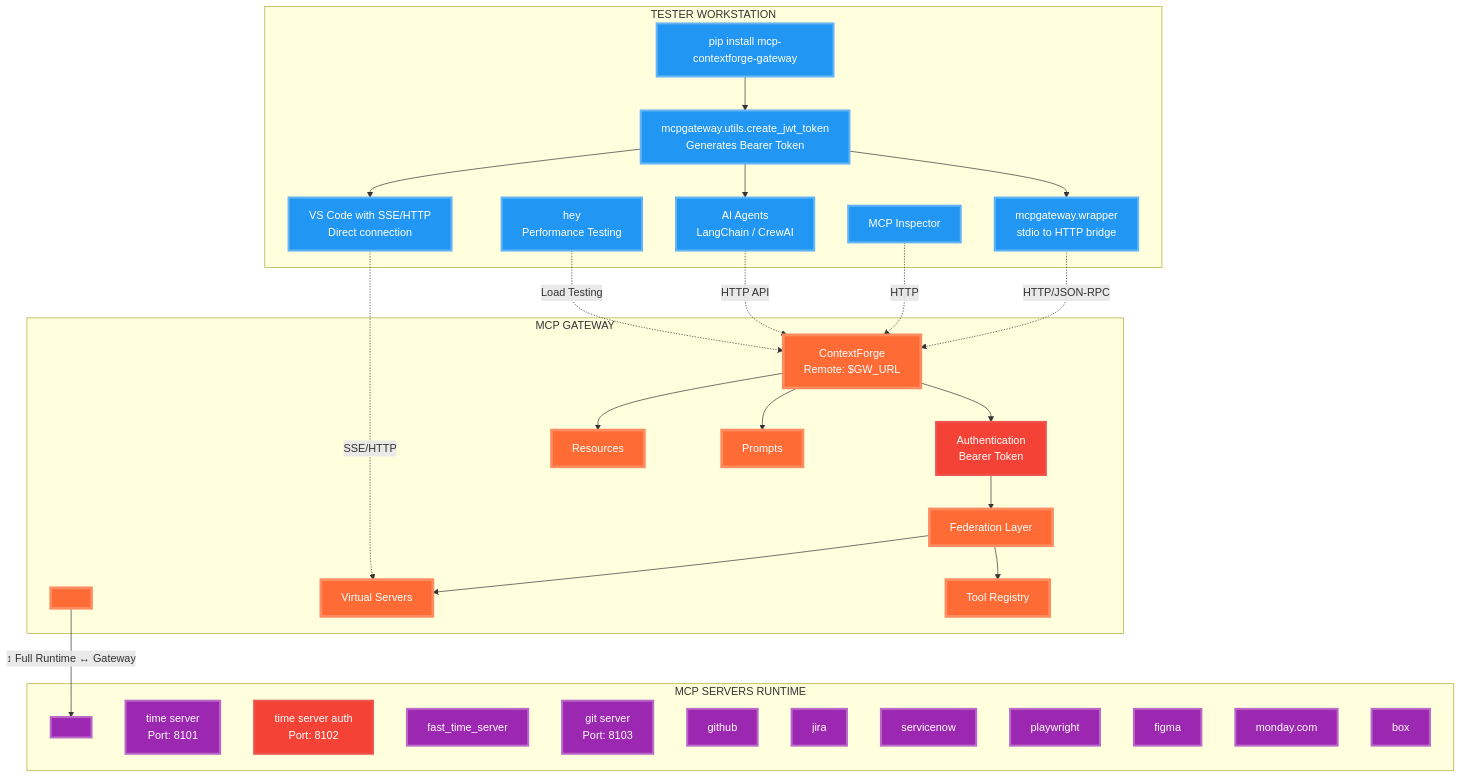
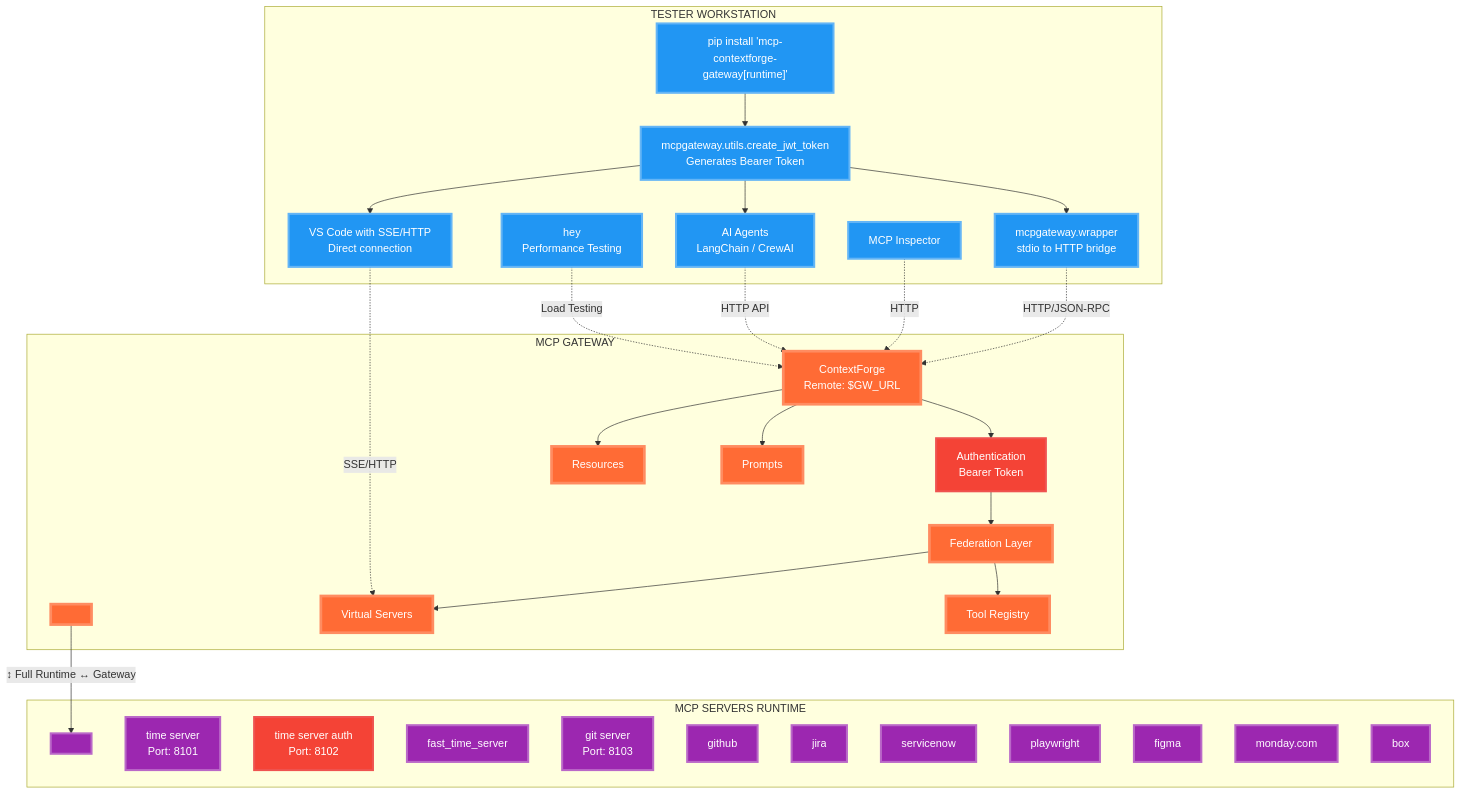
The diagram in docs/docs/testing/acceptance.md (IBM/mcp-context-forge), drawn with Mermaid before and after one commit. The commit also changed other lines of this file and 79 other files, not shown here.

````diff
--- a/docs/docs/testing/acceptance.md
+++ b/docs/docs/testing/acceptance.md
@@ -5,72 +5,72 @@
 ```mermaid
 graph TB
     subgraph "TESTER WORKSTATION"
-        PIP[pip install mcp-contextforge-gateway]
+        PIP["pip install 'mcp-contextforge-gateway[runtime]'"]
         JWT[mcpgateway.utils.create_jwt_token<br/>Generates Bearer Token]
         WRAPPER[mcpgateway.wrapper<br/>stdio to HTTP bridge]
         VSC_SSE[VS Code with SSE/HTTP<br/>Direct connection]
         INSPECTOR[MCP Inspector]
         AGENTS[AI Agents<br/>LangChain / CrewAI]
         HEY[hey<br/>Performance Testing]
 
         PIP --> JWT
         JWT --> WRAPPER
         JWT --> VSC_SSE
         JWT --> AGENTS
     end
 
     subgraph "MCP GATEWAY"
         GATEWAY_ENTRY[ ]
         GW[ContextForge<br/>Remote: $GW_URL]
         GW_AUTH[Authentication<br/>Bearer Token]
         GW_FEDERATION[Federation Layer]
         GW_VIRTUAL[Virtual Servers]
         GW_RESOURCES[Resources]
         GW_PROMPTS[Prompts]
         GW_TOOLS[Tool Registry]
 
         GW --> GW_AUTH
         GW_AUTH --> GW_FEDERATION
         GW_FEDERATION --> GW_VIRTUAL
         GW_FEDERATION --> GW_TOOLS
         GW --> GW_RESOURCES
         GW --> GW_PROMPTS
     end
 
     subgraph "MCP SERVERS RUNTIME"
         RUNTIME_ENTRY[ ]
         TIME[time server<br/>Port: 8101]
         TIME_AUTH[time server auth<br/>Port: 8102]
         FAST_TIME[fast_time_server]
         GIT[git server<br/>Port: 8103]
         GITHUB[github]
         JIRA[jira]
         SERVICENOW[servicenow]
         PLAYWRIGHT[playwright]
         FIGMA[figma]
         MONDAY[monday.com]
         BOX[box]
     end
 
     %% Simulate full subgraph connection
     GATEWAY_ENTRY -->|↕ Full Runtime ↔ Gateway| RUNTIME_ENTRY
 
     %% Connections from Workstation to Gateway
     WRAPPER -.->|HTTP/JSON-RPC| GW
     VSC_SSE -.->|SSE/HTTP| GW_VIRTUAL
     INSPECTOR -.->|HTTP| GW
     AGENTS -.->|HTTP API| GW
     HEY -.->|Load Testing| GW
 
     %% Styling for dark theme visibility
     classDef workstation fill:#2196F3,stroke:#64B5F6,stroke-width:3px,color:#fff
     classDef gateway fill:#FF6B35,stroke:#FF8C61,stroke-width:4px,color:#fff
     classDef servers fill:#9C27B0,stroke:#BA68C8,stroke-width:3px,color:#fff
     classDef auth fill:#F44336,stroke:#EF5350,stroke-width:3px,color:#fff
 
     class PIP,JWT,WRAPPER,VSC_SSE,INSPECTOR,AGENTS,HEY workstation
     class GW,GW_FEDERATION,GW_VIRTUAL,GW_RESOURCES,GW_PROMPTS,GW_TOOLS,GATEWAY_ENTRY gateway
     class TIME,TIME_AUTH,FAST_TIME,GIT,GITHUB,JIRA,SERVICENOW,PLAYWRIGHT,FIGMA,MONDAY,BOX,RUNTIME_ENTRY servers
     class GW_AUTH,TIME_AUTH auth
 
 ```
````
